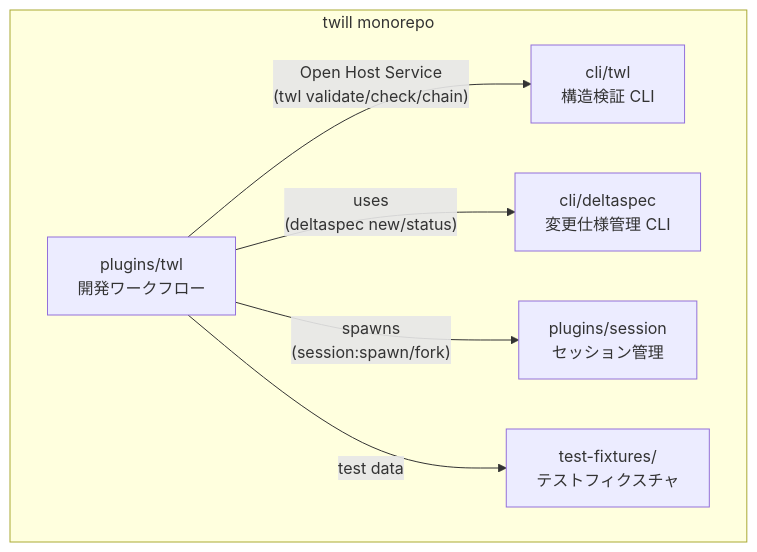
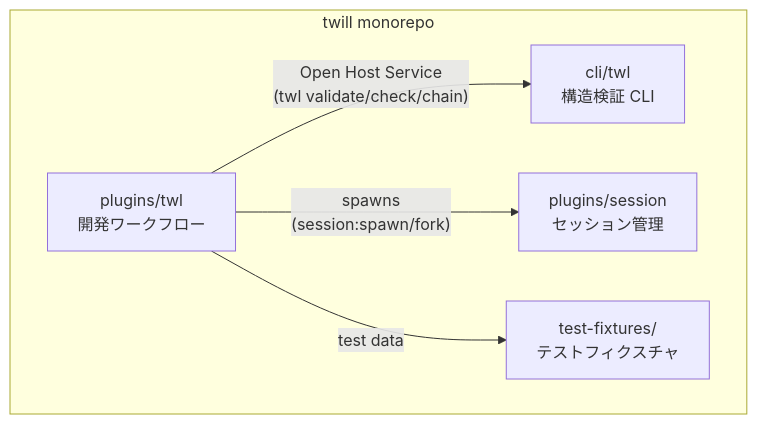
The diagram in architecture/domain/context-map.md (shuu5/twill), drawn with Mermaid before and after one commit. The commit also changed other lines of this file and 5 other files, not shown here.

````diff
--- a/architecture/domain/context-map.md
+++ b/architecture/domain/context-map.md
@@ -3,15 +3,13 @@
 ```mermaid
 flowchart TD
     subgraph monorepo["twill monorepo"]
         TWL_CLI["cli/twl<br/>構造検証 CLI"]
-        DELTASPEC["cli/deltaspec<br/>変更仕様管理 CLI"]
         PLUGIN_TWL["plugins/twl<br/>開発ワークフロー"]
         PLUGIN_SESSION["plugins/session<br/>セッション管理"]
         TEST_FIXTURES["test-fixtures/<br/>テストフィクスチャ"]
     end
 
     PLUGIN_TWL -->|"Open Host Service<br/>(twl validate/check/chain)"| TWL_CLI
-    PLUGIN_TWL -->|"uses<br/>(deltaspec new/status)"| DELTASPEC
     PLUGIN_TWL -->|"spawns<br/>(session:spawn/fork)"| PLUGIN_SESSION
     PLUGIN_TWL -->|"test data"| TEST_FIXTURES
 ```
````
